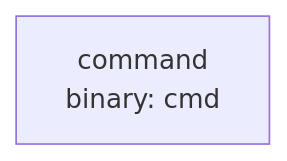
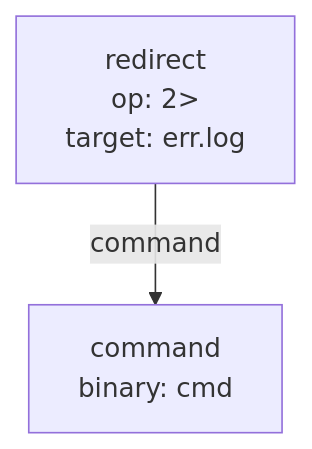
The diagram in examples/bash/redirect-stderr/index.md (ashleydavis/expressive-permissions), drawn with Mermaid before and after one commit. The commit also changed 131 other files, not shown here.

````diff
--- a/examples/bash/redirect-stderr/index.md
+++ b/examples/bash/redirect-stderr/index.md
@@ -11,4 +11,6 @@
 ```mermaid
 graph TD
-  n0["command<br/>binary: cmd"]
+  n0["redirect<br/>op: 2&gt;<br/>target: err.log"]
+  n1["command<br/>binary: cmd"]
+  n0 -->|command| n1
 ```
````
